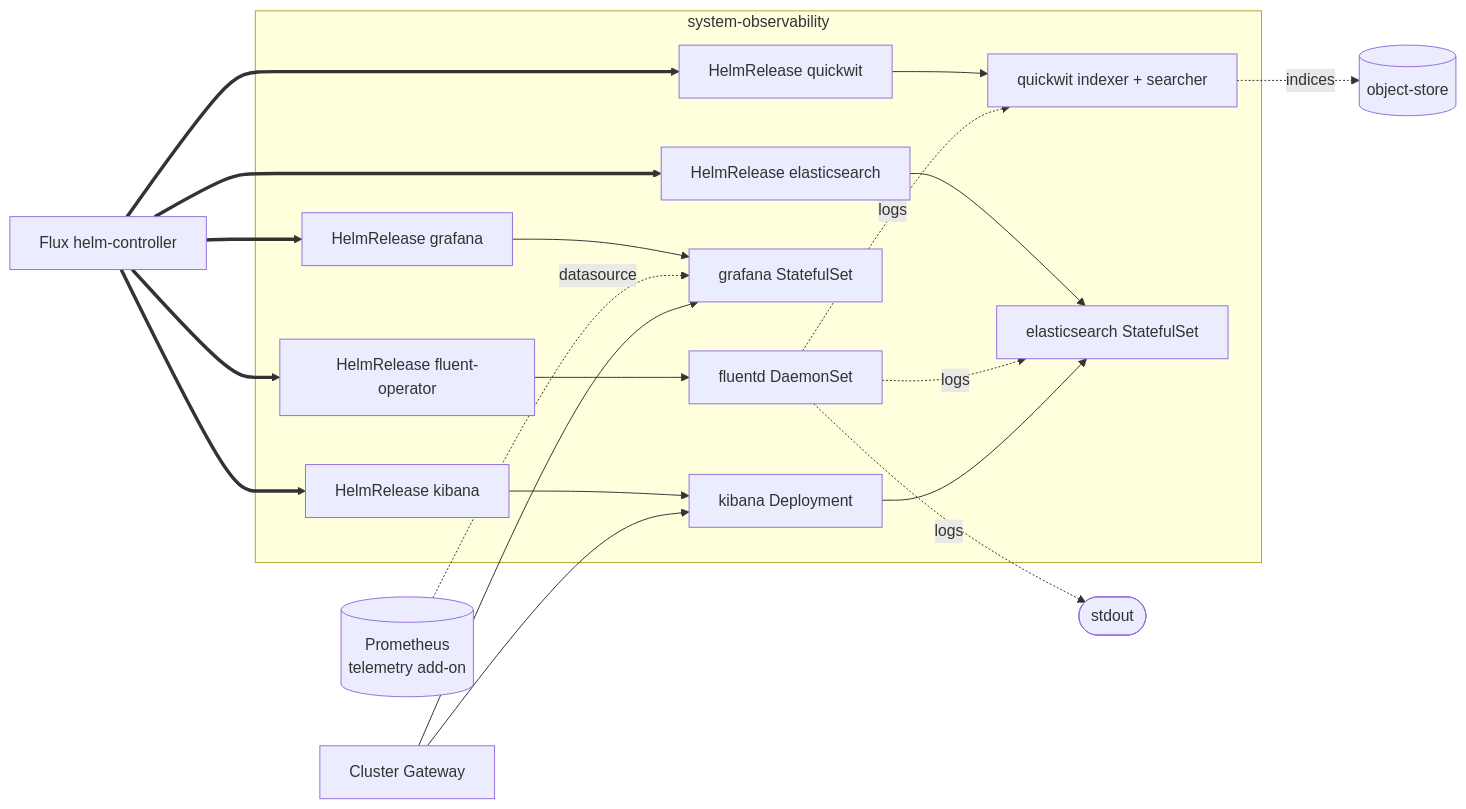
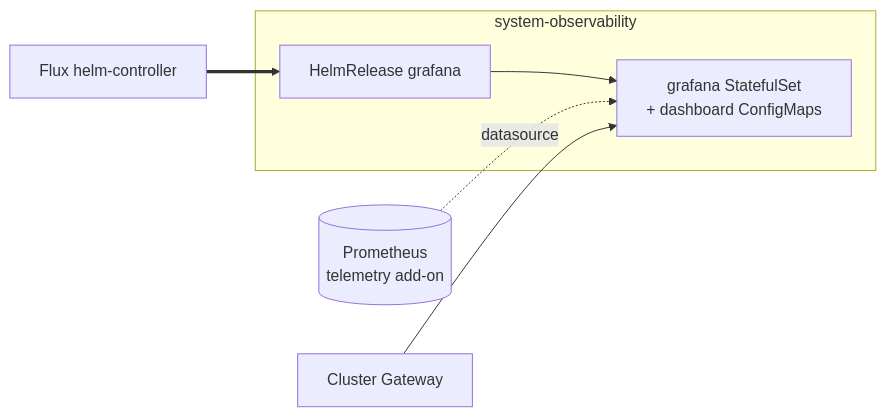
One commit to windsorcli/core changed the first of 3 diagrams in kustomize/observability/README.md. Above: the diagram before and after it, drawn with Mermaid. The commit also changed other lines of this file and 5 other files, not shown here.

Commit message:
feat(docs): update architecture and recipes sections across multiple add-ons for clarity and consistency

````diff
--- a/kustomize/observability/README.md
+++ b/kustomize/observability/README.md
@@ -25,39 +33,16 @@
 ```mermaid
 flowchart LR
   flux[Flux helm-controller]
 
   subgraph systemobs[system-observability]
-    grafana_hr[HelmRelease grafana]
-    fluentd_hr[HelmRelease fluent-operator]
-    quickwit_hr[HelmRelease quickwit]
-    es_hr[HelmRelease elasticsearch]
-    kibana_hr[HelmRelease kibana]
-
-    grafana_pods[grafana StatefulSet]
-    fluentd_pods[fluentd DaemonSet]
-    quickwit_pods[quickwit indexer + searcher]
-    es_pods[elasticsearch StatefulSet]
-    kibana_pods[kibana Deployment]
+    hr[HelmRelease grafana]
+    grafana[grafana StatefulSet<br/>+ dashboard ConfigMaps]
   end
 
   prom[(Prometheus<br/>telemetry add-on)]
-  objstore[(object-store)]
   gateway[Cluster Gateway]
 
-  flux ==> grafana_hr & fluentd_hr & quickwit_hr & es_hr & kibana_hr
-  grafana_hr --> grafana_pods
-  fluentd_hr --> fluentd_pods
-  quickwit_hr --> quickwit_pods
-  es_hr --> es_pods
-  kibana_hr --> kibana_pods
-
-  prom -.datasource.-> grafana_pods
-  fluentd_pods -.logs.-> quickwit_pods
-  fluentd_pods -.logs.-> es_pods
-  fluentd_pods -.logs.-> stdout([stdout])
-  quickwit_pods -.indices.-> objstore
-  kibana_pods --> es_pods
-
-  gateway --> grafana_pods
-  gateway --> kibana_pods
+  flux ==> hr --> grafana
+  prom -.datasource.-> grafana
+  gateway --> grafana
 ```
````
